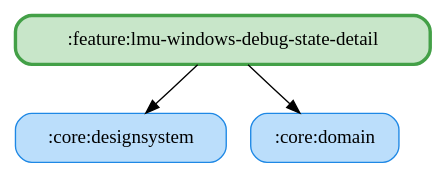
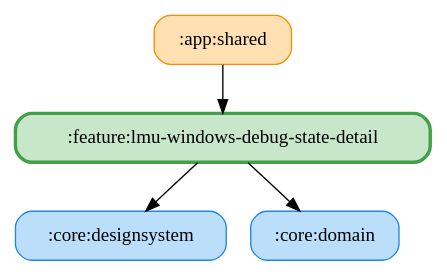
The diagram in docs/graphs/feature-lmu-windows-debug-state-detail.gv (ai-kurou/KoDriver), drawn with Graphviz before and after one commit. The commit also changed 7 other files, not shown here.

Commit message:
chore: update module graph images

```diff
--- a/docs/graphs/feature-lmu-windows-debug-state-detail.gv
+++ b/docs/graphs/feature-lmu-windows-debug-state-detail.gv
@@ -1,9 +1,11 @@
 digraph G {
   rankdir=TB
   node [shape=box, style="rounded,filled"]
+  ":app:shared" [fillcolor="#FFE0B2", color="#FB8C00", penwidth=1]
   ":core:designsystem" [fillcolor="#BBDEFB", color="#1E88E5", penwidth=1]
   ":core:domain" [fillcolor="#BBDEFB", color="#1E88E5", penwidth=1]
   ":feature:lmu-windows-debug-state-detail" [fillcolor="#C8E6C9", color="#43A047", penwidth=2.5]
+  ":app:shared" -> ":feature:lmu-windows-debug-state-detail"
   ":feature:lmu-windows-debug-state-detail" -> ":core:domain"
   ":feature:lmu-windows-debug-state-detail" -> ":core:designsystem"
 }
```
